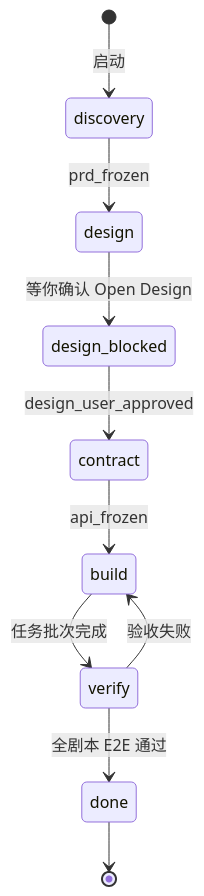
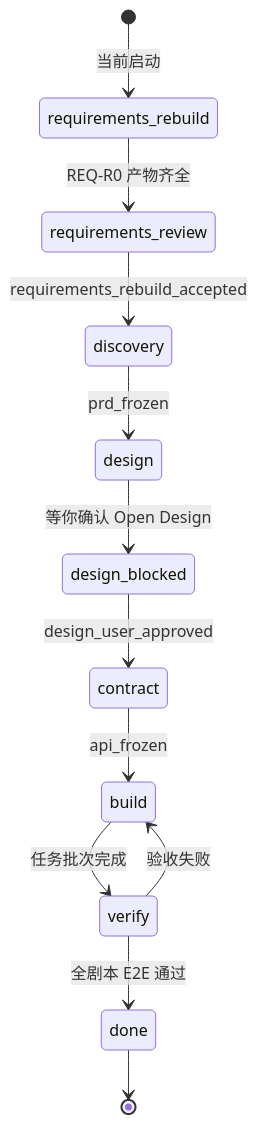
The diagram in .cursor/CONDUCTOR.md (ceshi20160607/examine2), drawn with Mermaid before and after one commit. The commit also changed other lines of this file and 37 other files, not shown here.

````diff
--- a/.cursor/CONDUCTOR.md
+++ b/.cursor/CONDUCTOR.md
@@ -19,12 +19,14 @@
 ```mermaid
 stateDiagram-v2
-    [*] --> discovery: 启动
+    [*] --> requirements_rebuild: 当前启动
+    requirements_rebuild --> requirements_review: REQ-R0 产物齐全
+    requirements_review --> discovery: requirements_rebuild_accepted
     discovery --> design: prd_frozen
     design --> design_blocked: 等你确认 Open Design
     design_blocked --> contract: design_user_approved
     contract --> build: api_frozen
     build --> verify: 任务批次完成
     verify --> build: 验收失败
     verify --> done: 全剧本 E2E 通过
     done --> [*]
 ```
````
